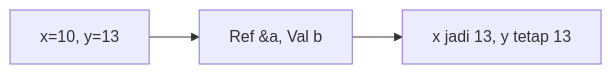
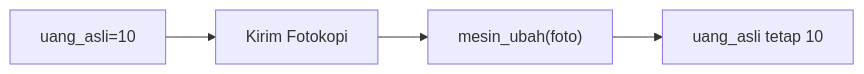
Diagram 12 of 25 in part-c-pemahaman-cpp/04-fungsi/latihan/set-09.md (amnahwaida/OSNK_INF_PREP), drawn with Mermaid before and after one commit. The commit also changed other lines of this file and 71 other files, not shown here.

````diff
--- a/part-c-pemahaman-cpp/04-fungsi/latihan/set-09.md
+++ b/part-c-pemahaman-cpp/04-fungsi/latihan/set-09.md
@@ -314,5 +329,6 @@
 ```mermaid
 graph LR
-A["x=10, y=13"] --> B["Ref &a, Val b"]
-B --> C["x jadi 13, y tetap 13"]
+A["uang_asli=10"] --> B["Kirim Fotokopi"]
+B --> C["mesin_ubah(foto)"]
+C --> D["uang_asli tetap 10"]
 ```
````
